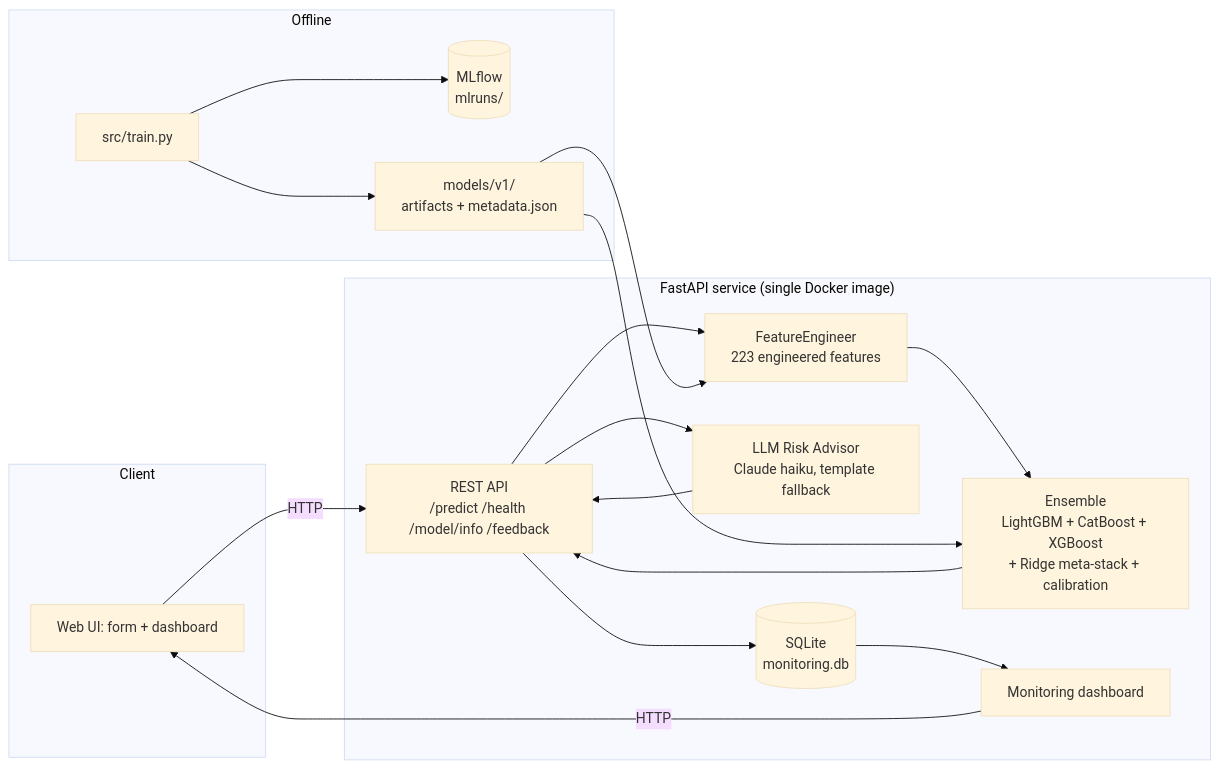
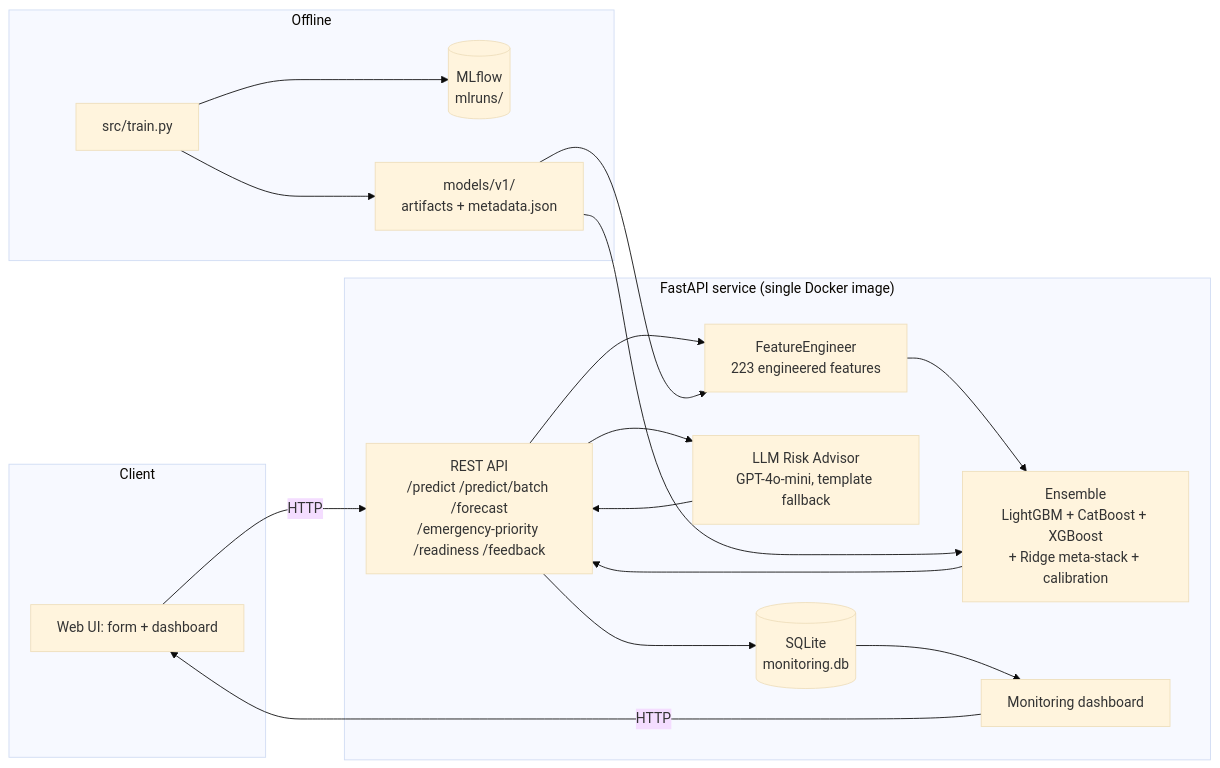
Before and after one commit to malika1234m/flood-guard-ai: the diagram in README.md, drawn with Mermaid (base theme). The commit also changed other lines of this file and 13 other files, not shown here.

````diff
--- a/README.md
+++ b/README.md
@@ -32,31 +37,31 @@
 ```mermaid
 flowchart LR
     subgraph Client
         UI[Web UI: form + dashboard]
     end
 
     subgraph FastAPI Service ["FastAPI service (single Docker image)"]
-        API[REST API\n/predict /health /model/info /feedback]
+        API[REST API\n/predict /predict/batch /forecast\n/emergency-priority /readiness /feedback]
         FE[FeatureEngineer\n223 engineered features]
         ENS[Ensemble\nLightGBM + CatBoost + XGBoost\n+ Ridge meta-stack + calibration]
-        LLM[LLM Risk Advisor\nClaude haiku, template fallback]
+        LLM[LLM Risk Advisor\nGPT-4o-mini, template fallback]
         MON[(SQLite\nmonitoring.db)]
         DASH[Monitoring dashboard]
     end
 
     UI -->|HTTP| API
     API --> FE --> ENS --> API
     API --> LLM --> API
     API --> MON --> DASH
     DASH -->|HTTP| UI
 
     subgraph Offline
         TRAIN[src/train.py]
         MLF[(MLflow\nmlruns/)]
         ART[models/v1/\nartifacts + metadata.json]
     end
     TRAIN --> MLF
     TRAIN --> ART
     ART --> FE
     ART --> ENS
 ```
````
